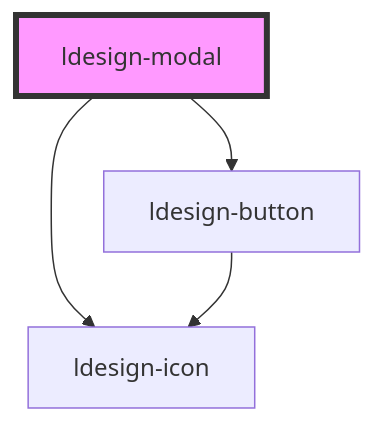
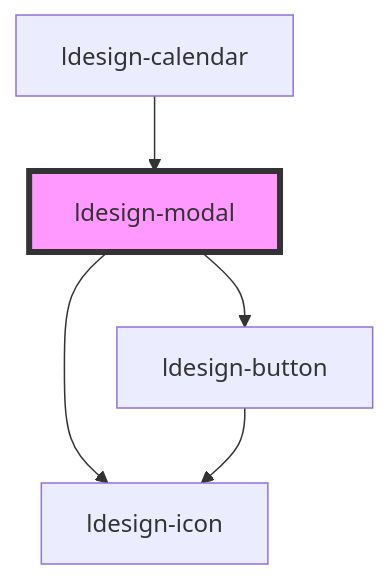
The diagram in packages/webcomponent/src/components/modal/readme.md (poly1603/ldesign), drawn with Mermaid before and after one commit. The commit also changed other lines of this file and 6 other files, not shown here.

````diff
--- a/packages/webcomponent/src/components/modal/readme.md
+++ b/packages/webcomponent/src/components/modal/readme.md
@@ -149,7 +153,8 @@
 ```mermaid
 graph TD;
   ldesign-modal --> ldesign-button
   ldesign-modal --> ldesign-icon
   ldesign-button --> ldesign-icon
+  ldesign-calendar --> ldesign-modal
   style ldesign-modal fill:#f9f,stroke:#333,stroke-width:4px
 ```
````
